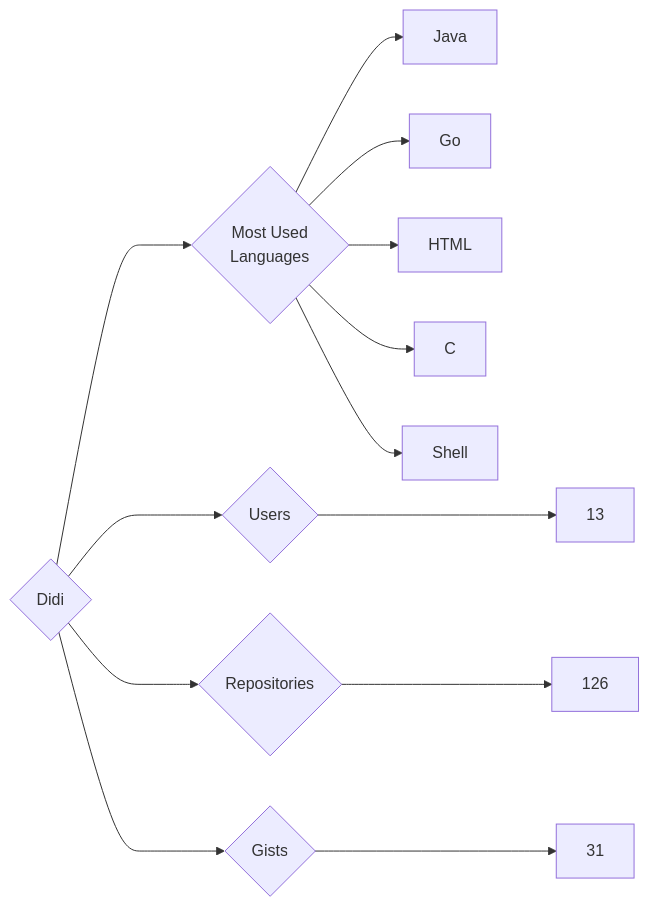
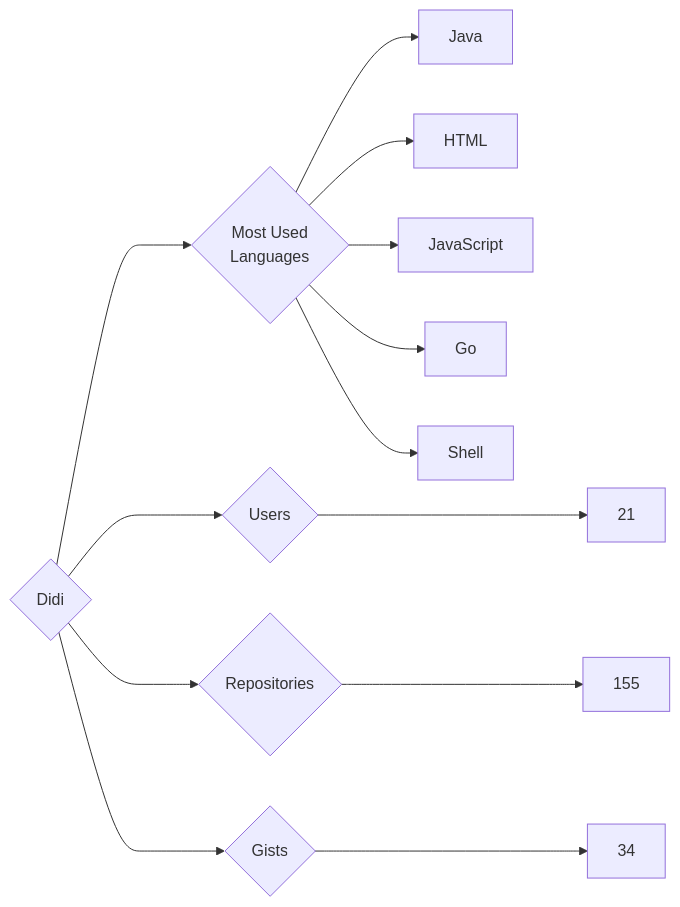
Before and after one commit to trickest/insiders: the diagram in targets/Didi/README.md, drawn with Mermaid. The commit also changed 895 other files, not shown here.

````diff
--- a/targets/Didi/README.md
+++ b/targets/Didi/README.md
@@ -3,13 +3,13 @@
 ```mermaid
 graph LR
 COMPANY_NAME{Didi}
-COMPANY_NAME ---> U{Users} ---> UN[13]
-COMPANY_NAME ---> R{Repositories} ---> RN[126]
-COMPANY_NAME ---> G{Gists} ---> GN[31]
+COMPANY_NAME ---> U{Users} ---> UN[21]
+COMPANY_NAME ---> R{Repositories} ---> RN[155]
+COMPANY_NAME ---> G{Gists} ---> GN[34]
 COMPANY_NAME ---> ML{Most Used<br>Languages}
 ML --> Java[Java]
+ML --> HTML[HTML]
+ML --> JavaScript[JavaScript]
 ML --> Go[Go]
-ML --> HTML[HTML]
-ML --> C[C]
 ML --> Shell[Shell]
 ```
````
